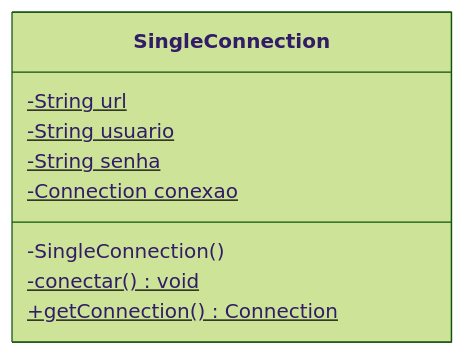
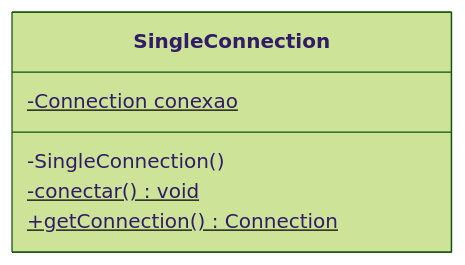
The ninth of 18 diagrams in 3º Semestre/[Prof. Jefferson Passerini] Laboratório de Programação III/Resumos-IA/Simulados-Comentados.md (murilolol/unifef), drawn with Mermaid (forest theme) before and after one commit. The commit also changed other lines of this file and 25 other files, not shown here.

````diff
--- a/3º Semestre/[Prof. Jefferson Passerini] Laboratório de Programação III/Resumos-IA/Simulados-Comentados.md
+++ b/3º Semestre/[Prof. Jefferson Passerini] Laboratório de Programação III/Resumos-IA/Simulados-Comentados.md
@@ -667,12 +395,9 @@
 ```mermaid
 classDiagram
-  class SingleConnection {
-    -String url$
-    -String usuario$
-    -String senha$
-    -Connection conexao$
-    -SingleConnection()
-    -conectar()$ void
-    +getConnection()$ Connection
-  }
+    class SingleConnection {
+        -Connection conexao$
+        -SingleConnection()
+        -conectar()$ void
+        +getConnection()$ Connection
+    }
 ```
````
